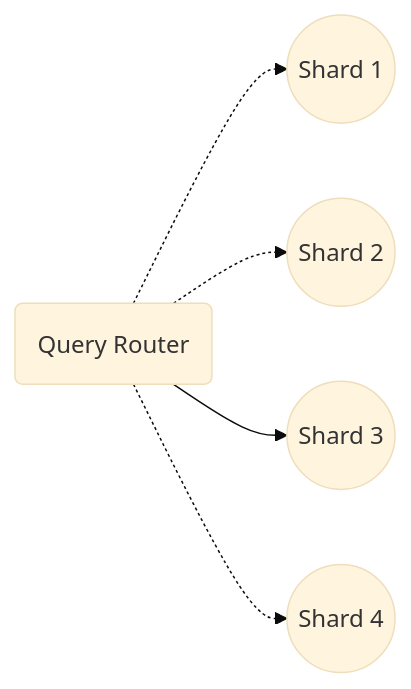
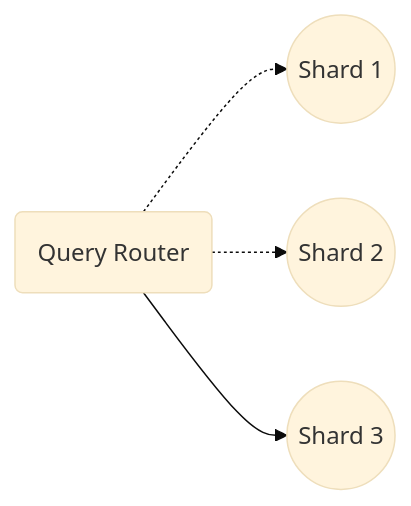
The second of 2 diagrams in docs/docs/software-development/system-design/data/nosql-vs-sql.md (saitaiky/notebook), drawn with Mermaid (base theme) before and after one commit. The commit also changed other lines of this file and 4 other files, not shown here.

````diff
--- a/docs/docs/software-development/system-design/data/nosql-vs-sql.md
+++ b/docs/docs/software-development/system-design/data/nosql-vs-sql.md
@@ -42,7 +207,6 @@
     ```mermaid
     graph LR
         QR(Query Router) -.-> DB1((Shard 1))
         QR -.-> DB2((Shard 2))
         QR --> DB3((Shard 3))
-        QR -.-> DBn((Shard 4))
     ```
````
